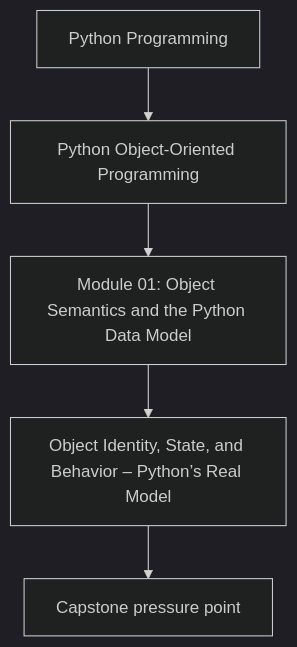
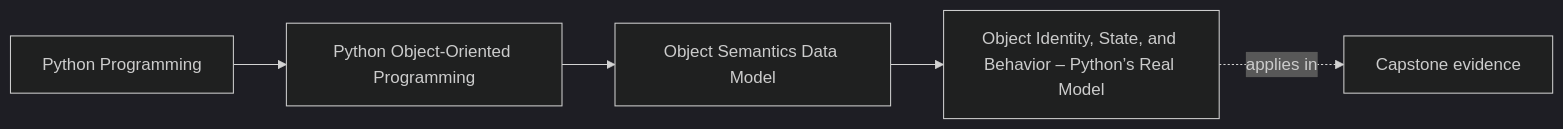
One commit to bijux/bijux-masterclass changed the first of 2 diagrams in programs/python-programming/python-object-oriented-programming/course-book/module-01-object-semantics-data-model/object-identity-state-and-behavior.md. Above: the diagram before and after it, drawn with Mermaid (dark theme). The commit also changed other lines of this file and 65 other files, not shown here.

Commit message:
docs(python-object-oriented-programming): map object model and design foundations

````diff
--- a/programs/python-programming/python-object-oriented-programming/course-book/module-01-object-semantics-data-model/object-identity-state-and-behavior.md
+++ b/programs/python-programming/python-object-oriented-programming/course-book/module-01-object-semantics-data-model/object-identity-state-and-behavior.md
@@ -7,7 +7,11 @@
 ```mermaid
-flowchart TD
-  family["Python Programming"] --> program["Python Object-Oriented Programming"]
-  program --> module["Module 01: Object Semantics and the Python Data Model"]
-  module --> concept["Object Identity, State, and Behavior – Python’s Real Model"]
-  concept --> capstone["Capstone pressure point"]
+graph LR
+  family["Python Programming"]
+  program["Python Object-Oriented Programming"]
+  section["Object Semantics Data Model"]
+  page["Object Identity, State, and Behavior – Python’s Real Model"]
+  capstone["Capstone evidence"]
+
+  family --> program --> section --> page
+  page -.applies in.-> capstone
 ```
````
